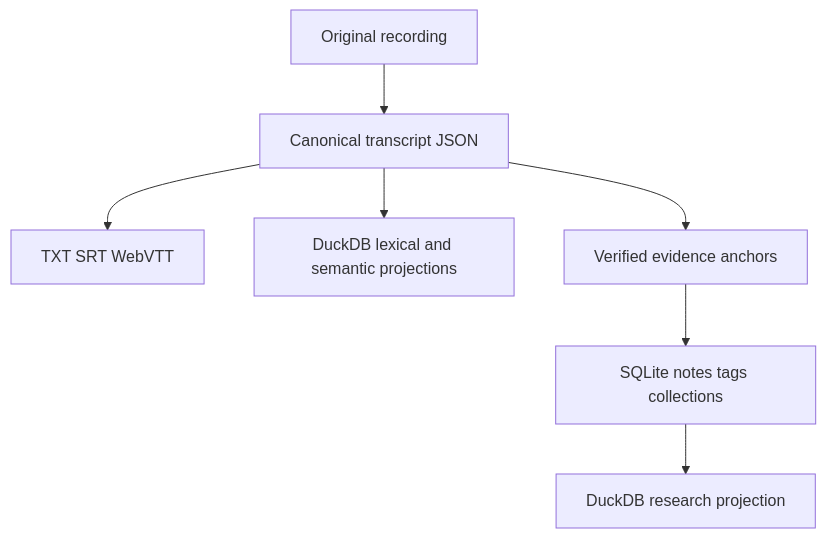
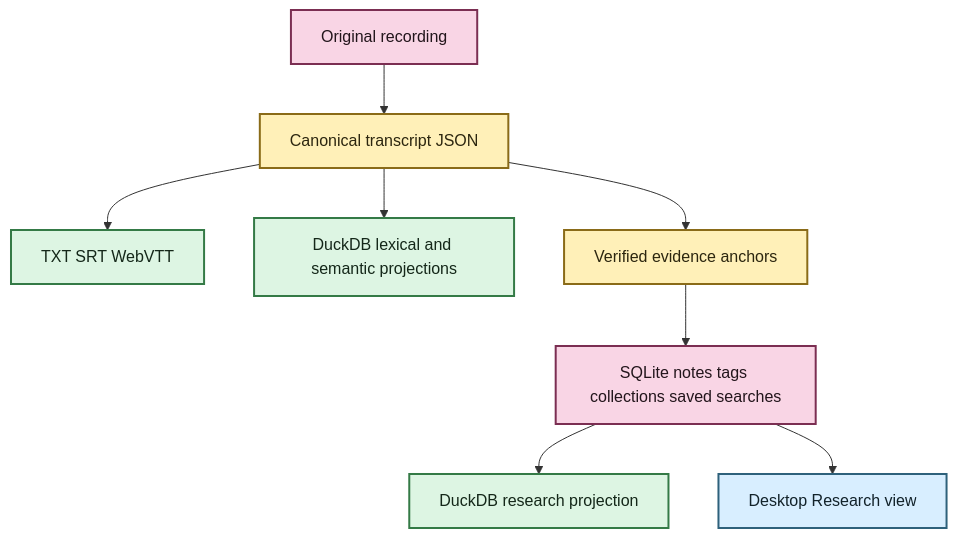
Before and after one commit to SSD1805/EchoFlow: the second of 2 diagrams in docs/getting-started.md, drawn with Mermaid. The commit also changed other lines of this file, not shown here.

Commit message:
docs: refresh getting started for current desktop foundation

````diff
--- a/docs/getting-started.md
+++ b/docs/getting-started.md
@@ -262,9 +337,20 @@
 ```mermaid
 flowchart TD
     A[Original recording] --> B[Canonical transcript JSON]
     B --> C[TXT SRT WebVTT]
     B --> D[DuckDB lexical and semantic projections]
     B --> E[Verified evidence anchors]
-    E --> F[SQLite notes tags collections]
+    E --> F[SQLite notes tags collections saved searches]
     F --> G[DuckDB research projection]
+    F --> H[Desktop Research view]
+
+    classDef source fill:#F9D5E5,stroke:#7B2E52,stroke-width:2px,color:#22151B
+    classDef evidence fill:#FFF0B8,stroke:#8A6B18,stroke-width:2px,color:#2C260F
+    classDef view fill:#DDF5E3,stroke:#347A46,stroke-width:2px,color:#142719
+    classDef inspect fill:#D8EEFF,stroke:#2E617B,stroke-width:2px,color:#12222A
+
+    class A,F source
+    class B,E evidence
+    class C,D,G view
+    class H inspect
 ```
````
